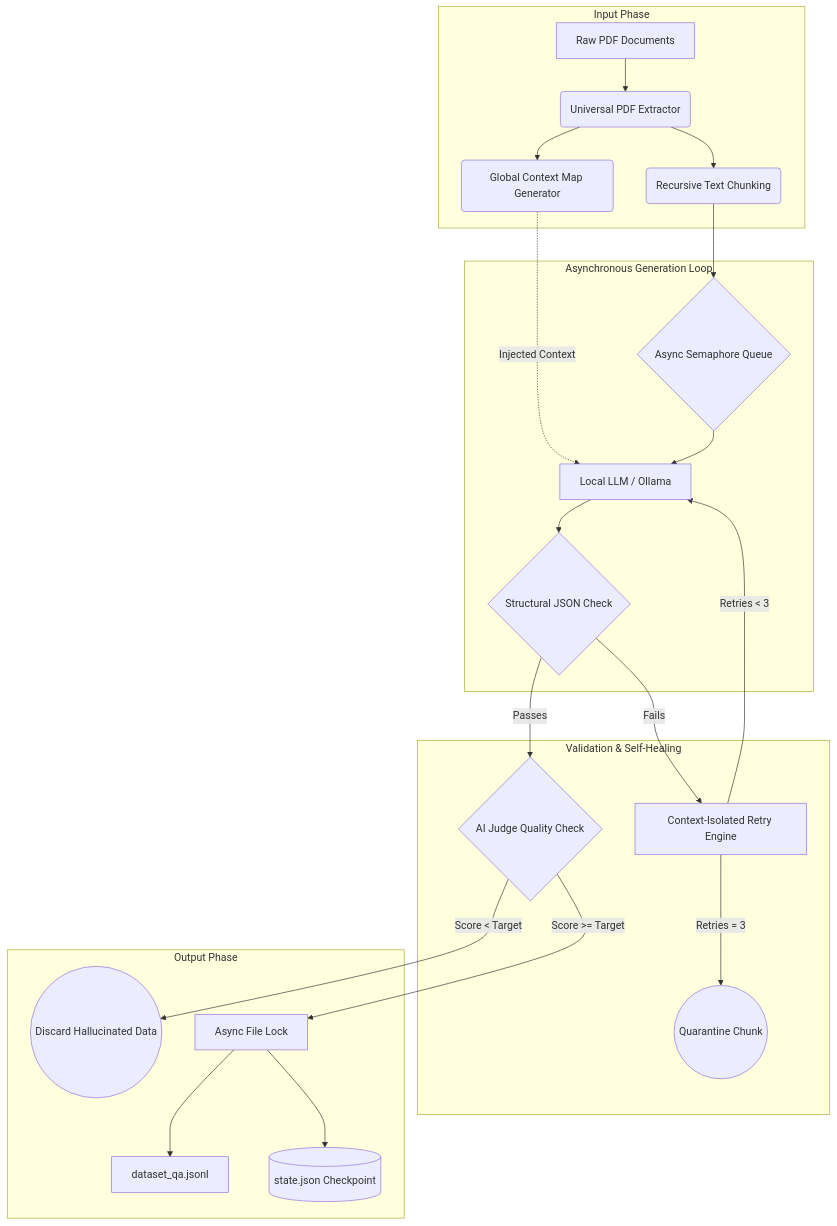
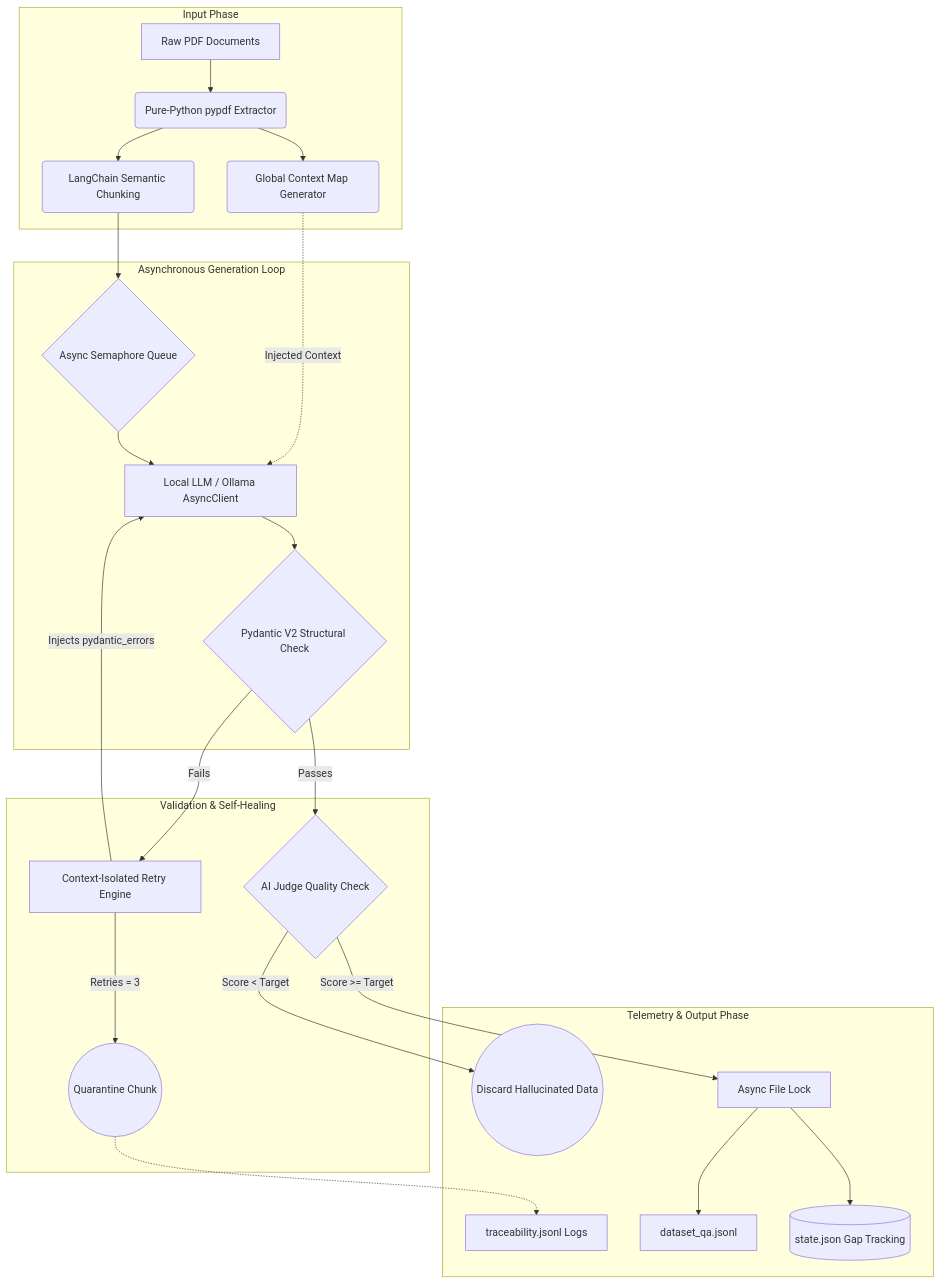
One commit to easonlai/doc2sft changed the diagram in README.md. Above: the diagram before and after it, drawn with Mermaid. The commit also changed other lines of this file and 4 other files, not shown here.

````diff
--- a/README.md
+++ b/README.md
@@ -33,29 +34,30 @@
 ```mermaid
 graph TD
     subgraph Input Phase
-        A[Raw PDF Documents] --> B(Universal PDF Extractor)
-        B --> C(Recursive Text Chunking)
+        A[Raw PDF Documents] --> B(Pure-Python pypdf Extractor)
+        B --> C(LangChain Semantic Chunking)
         B --> D(Global Context Map Generator)
     end
 
     subgraph Asynchronous Generation Loop
         C --> E{Async Semaphore Queue}
         D -.->|Injected Context| F
-        E --> F[Local LLM / Ollama]
-        F --> G{Structural JSON Check}
+        E --> F[Local LLM / Ollama AsyncClient]
+        F --> G{Pydantic V2 Structural Check}
     end
 
     subgraph Validation & Self-Healing
         G -- Fails --> H[Context-Isolated Retry Engine]
-        H -->|Retries < 3| F
+        H -->|Injects pydantic_errors| F
         H -->|Retries = 3| I((Quarantine Chunk))
         G -- Passes --> J{AI Judge Quality Check}
     end
 
-    subgraph Output Phase
+    subgraph Telemetry & Output Phase
+        I -.-> Z[traceability.jsonl Logs]
         J -- Score < Target --> K((Discard Hallucinated Data))
         J -- Score >= Target --> L[Async File Lock]
         L --> M[dataset_qa.jsonl]
-        L --> N[(state.json Checkpoint)]
+        L --> N[(state.json Gap Tracking)]
     end
 ```
````
